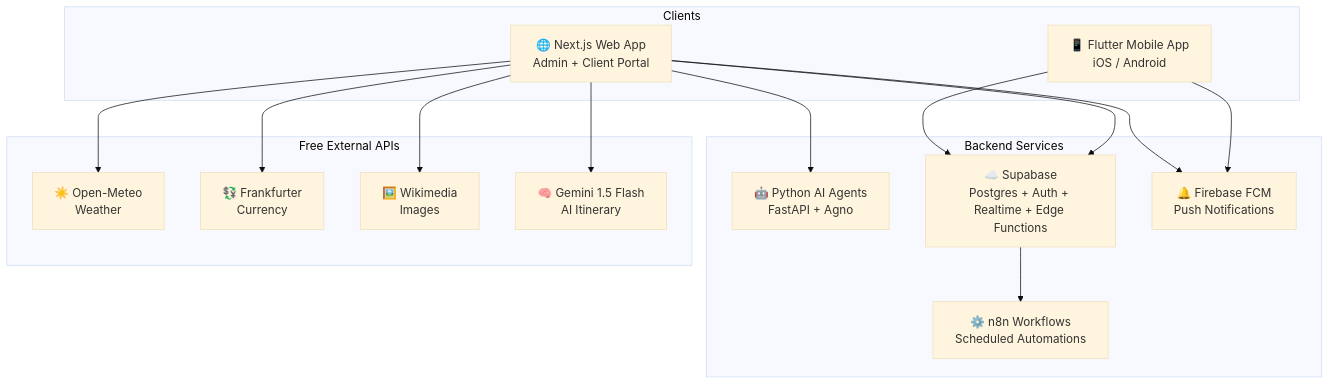
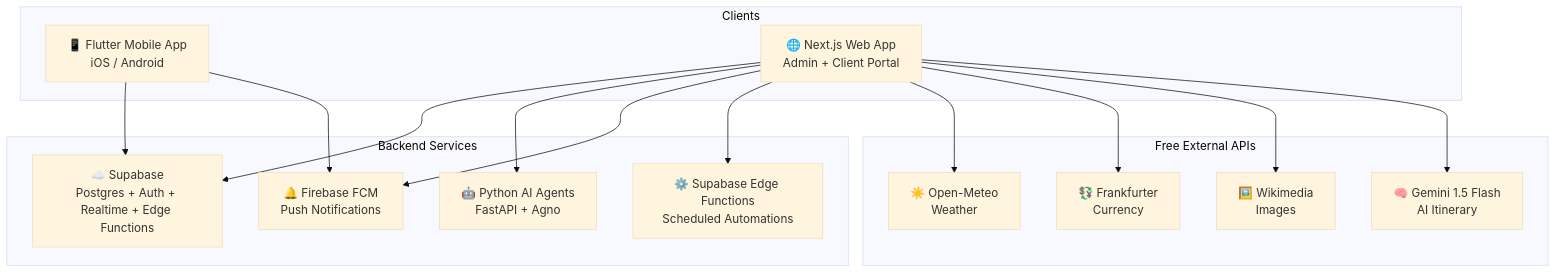
Before and after one commit to appreciatorme-eng/Antigravity: the diagram in projects/travel-suite/docs/deep_dive_analysis.md, drawn with Mermaid (base theme). The commit also changed other lines of this file and 7 other files, not shown here.

````diff
--- a/projects/travel-suite/docs/deep_dive_analysis.md
+++ b/projects/travel-suite/docs/deep_dive_analysis.md
@@ -13,32 +13,32 @@
 ```mermaid
 graph TB
     subgraph Client["Clients"]
         A["📱 Flutter Mobile App<br>iOS / Android"]
         B["🌐 Next.js Web App<br>Admin + Client Portal"]
     end
     
     subgraph Backend["Backend Services"]
         C["🤖 Python AI Agents<br>FastAPI + Agno"]
         D["☁️ Supabase<br>Postgres + Auth + Realtime + Edge Functions"]
         E["🔔 Firebase FCM<br>Push Notifications"]
-        F["⚙️ n8n Workflows<br>Scheduled Automations"]
+        F["⚙️ Supabase Edge Functions<br>Scheduled Automations"]
     end
     
     subgraph External["Free External APIs"]
         G["☀️ Open-Meteo<br>Weather"]
         H["💱 Frankfurter<br>Currency"]
         I["🖼️ Wikimedia<br>Images"]
         J["🧠 Gemini 1.5 Flash<br>AI Itinerary"]
     end
     
     A --> D
     B --> D
     B --> C
     B --> E
     A --> E
-    D --> F
+    B --> F
     B --> G
     B --> H
     B --> I
     B --> J
 ```
````
